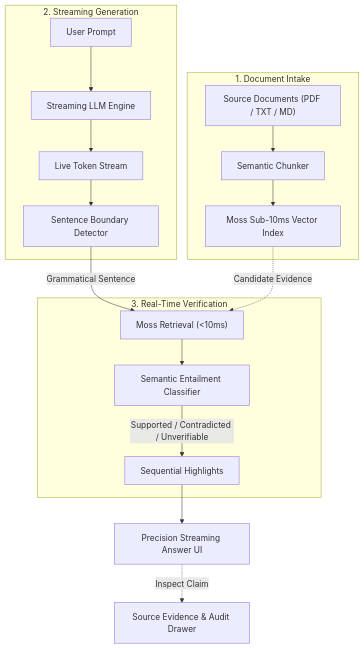
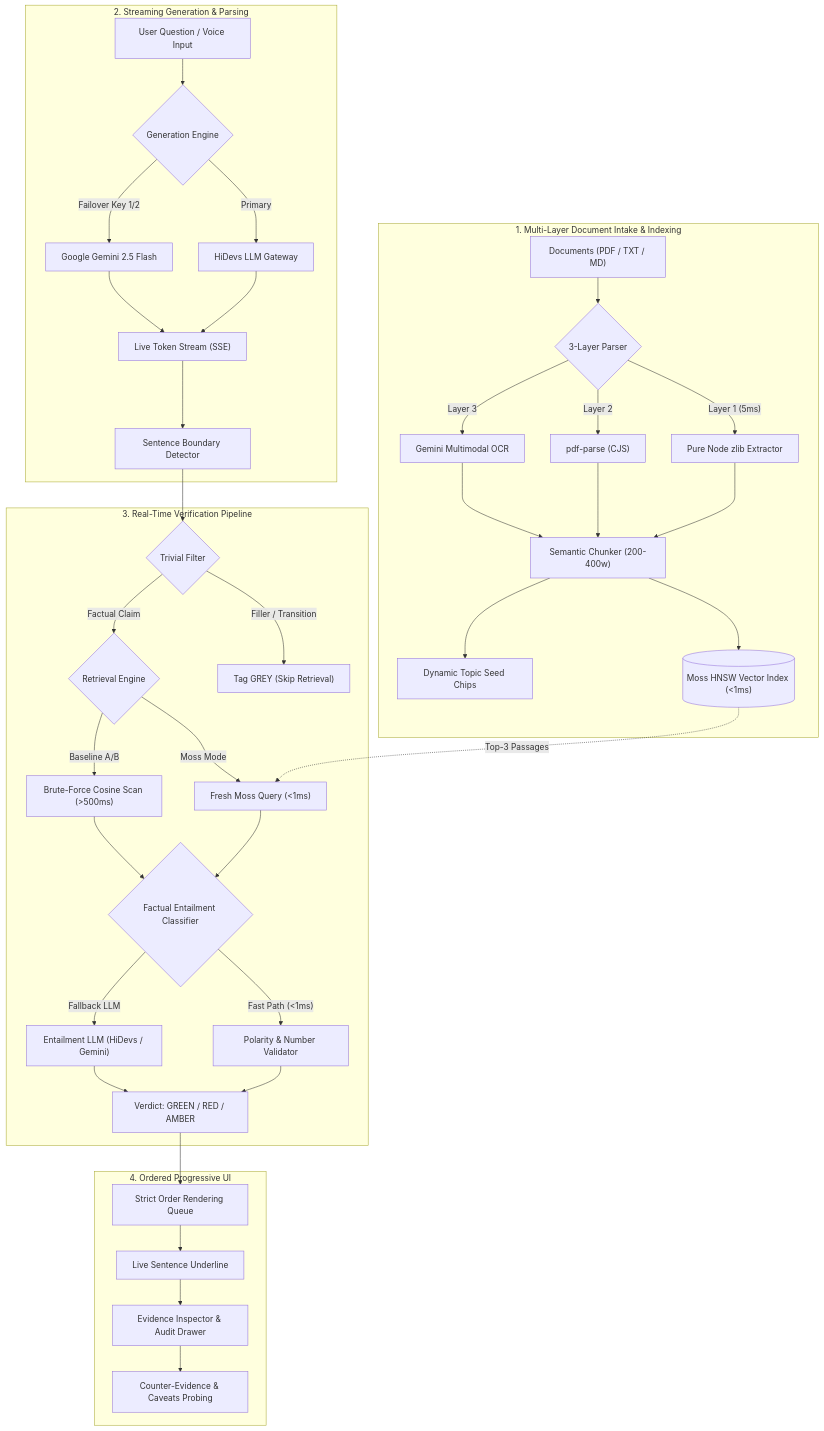
Before and after one commit to Shyamyemuka/tripwire: the first of 2 diagrams in README.md, drawn with Mermaid. The commit also changed other lines of this file, not shown here.

Commit message:
docs: update README with full architecture, sequence diagram, feature matrix, and test stats

````diff
--- a/README.md
+++ b/README.md
@@ -13,23 +13,45 @@
 ```mermaid
 flowchart TD
-    subgraph Ingestion ["1. Document Intake"]
-        DOC["Source Documents (PDF / TXT / MD)"] --> CHUNK["Semantic Chunker"]
-        CHUNK --> MOSS_IDX["Moss Sub-10ms Vector Index"]
+    subgraph Ingestion ["1. Multi-Layer Document Intake & Indexing"]
+        DOC["Documents (PDF / TXT / MD)"] --> PARSE{"3-Layer Parser"}
+        PARSE -->|"Layer 1 (5ms)"| PURE_NODE["Pure Node zlib Extractor"]
+        PARSE -->|"Layer 2"| PDF_PARSE["pdf-parse (CJS)"]
+        PARSE -->|"Layer 3"| GEMINI_OCR["Gemini Multimodal OCR"]
+        PURE_NODE --> CHUNKER["Semantic Chunker (200-400w)"]
+        PDF_PARSE --> CHUNKER
+        GEMINI_OCR --> CHUNKER
+        CHUNKER --> MOSS_IDX[("Moss HNSW Vector Index (<1ms)")]
+        CHUNKER --> SEED["Dynamic Topic Seed Chips"]
     end
 
-    subgraph Generation ["2. Streaming Generation"]
-        USER["User Prompt"] --> LLM["Streaming LLM Engine"]
-        LLM --> STREAM["Live Token Stream"]
-        STREAM --> DETECT["Sentence Boundary Detector"]
+    subgraph Generation ["2. Streaming Generation & Parsing"]
+        USER["User Question / Voice Input"] --> GEN{"Generation Engine"}
+        GEN -->|"Primary"| HIDEVS["HiDevs LLM Gateway"]
+        GEN -->|"Failover Key 1/2"| GEMINI_GEN["Google Gemini 2.5 Flash"]
+        HIDEVS --> TOKENS["Live Token Stream (SSE)"]
+        GEMINI_GEN --> TOKENS
+        TOKENS --> BOUNDARY["Sentence Boundary Detector"]
     end
 
-    subgraph Verification ["3. Real-Time Verification"]
-        DETECT -->|"Grammatical Sentence"| MOSS_Q["Moss Retrieval (<10ms)"]
-        MOSS_IDX -.->|"Candidate Evidence"| MOSS_Q
-        MOSS_Q --> NLI["Semantic Entailment Classifier"]
-        NLI -->|"Supported / Contradicted / Unverifiable"| VERDICT["Sequential Highlights"]
+    subgraph Verification ["3. Real-Time Verification Pipeline"]
+        BOUNDARY --> FILTER{"Trivial Filter"}
+        FILTER -->|"Filler / Transition"| GREY["Tag GREY (Skip Retrieval)"]
+        FILTER -->|"Factual Claim"| RETRIEVE{"Retrieval Engine"}
+        RETRIEVE -->|"Moss Mode"| MOSS_Q["Fresh Moss Query (<1ms)"]
+        RETRIEVE -->|"Baseline A/B"| COSINE["Brute-Force Cosine Scan (>500ms)"]
+        MOSS_IDX -.->|"Top-3 Passages"| MOSS_Q
+        MOSS_Q --> CLASSIFIER{"Factual Entailment Classifier"}
+        COSINE --> CLASSIFIER
+        CLASSIFIER -->|"Fast Path (<1ms)"| FAST_CHECK["Polarity & Number Validator"]
+        CLASSIFIER -->|"Fallback LLM"| LLM_VERDICT["Entailment LLM (HiDevs / Gemini)"]
+        FAST_CHECK --> VERDICT["Verdict: GREEN / RED / AMBER"]
+        LLM_VERDICT --> VERDICT
     end
 
-    VERDICT --> UI["Precision Streaming Answer UI"]
-    UI -.->|"Inspect Claim"| DRAWER["Source Evidence & Audit Drawer"]
+    subgraph UI ["4. Ordered Progressive UI"]
+        VERDICT --> QUEUE["Strict Order Rendering Queue"]
+        QUEUE --> HIGHLIGHT["Live Sentence Underline"]
+        HIGHLIGHT --> DRAWER["Evidence Inspector & Audit Drawer"]
+        DRAWER --> COUNTER_EV["Counter-Evidence & Caveats Probing"]
+    end
 ```
````
